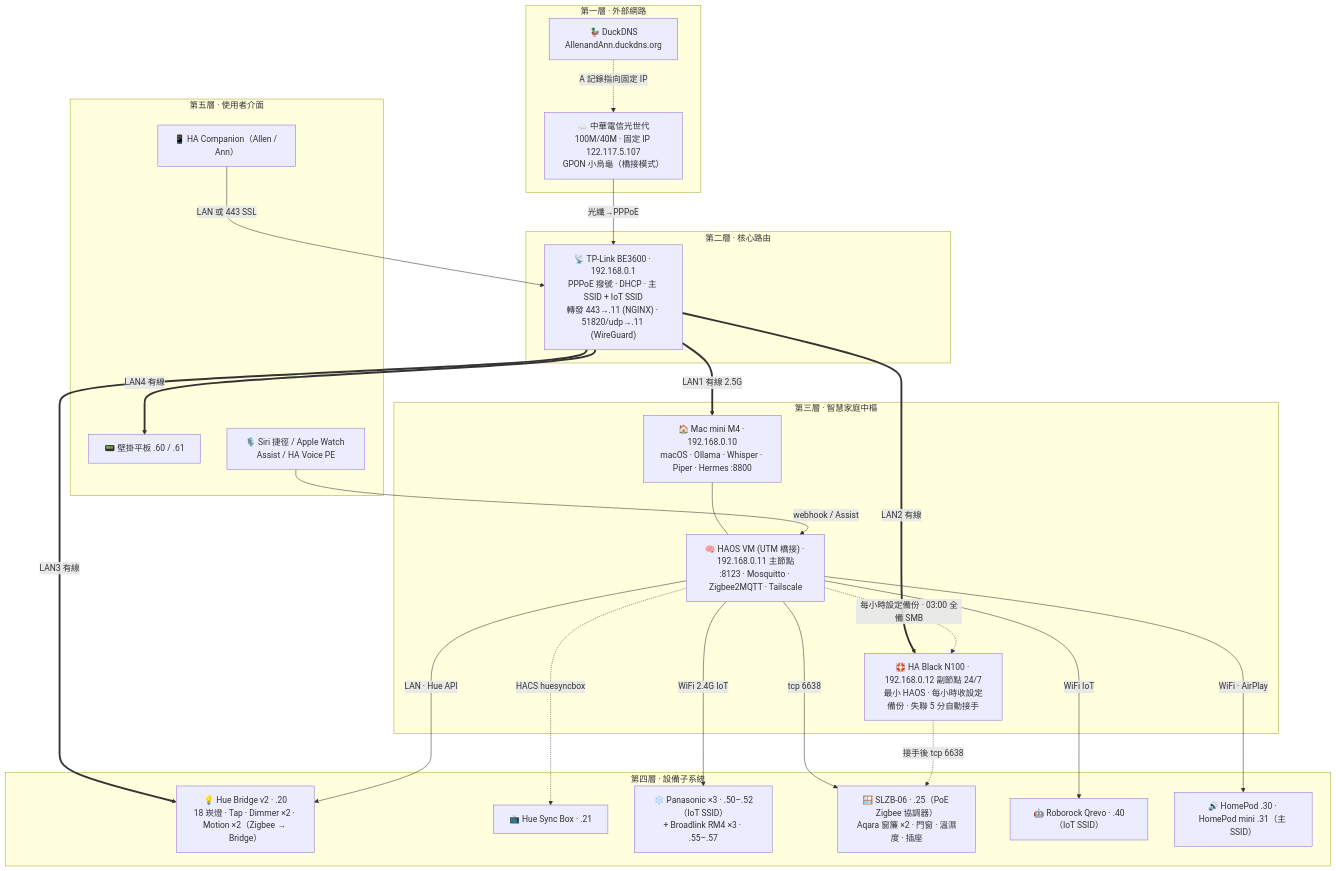
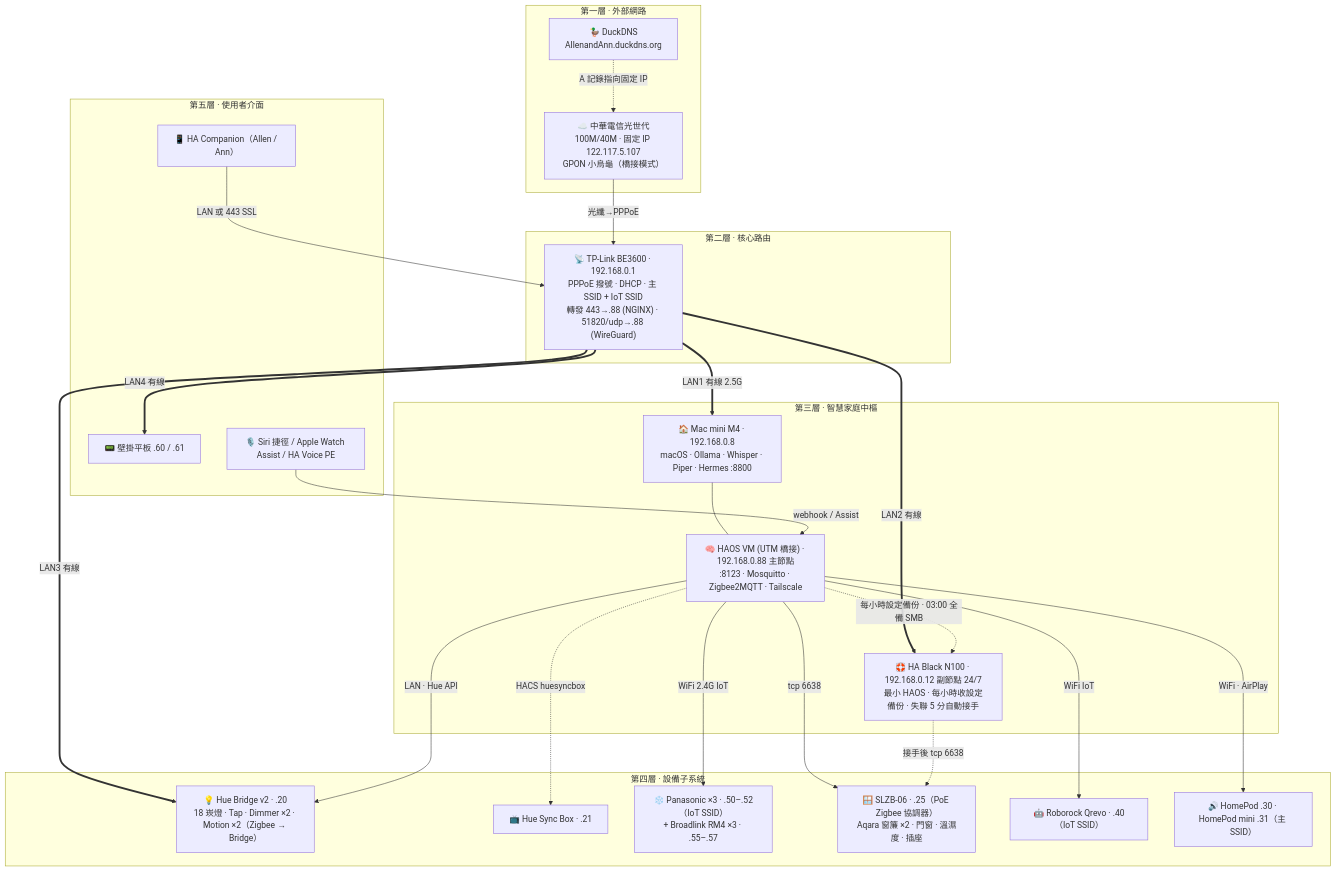
Before and after one commit to allenchen1113official/smarthome: the diagram in docs/SOP/01-網路拓樸實作.md, drawn with Mermaid. The commit also changed other lines of this file and 33 other files, not shown here.

First line of the commit message:
手冊 v1.6.1：依實機更新 IP — Mac mini allenchaldeMini 192.168.0.8、Home Assistant 192.168.0.88；全文/packages/Hermes/青鳥/LB/拓樸圖/試算表同步

````diff
--- a/docs/SOP/01-網路拓樸實作.md
+++ b/docs/SOP/01-網路拓樸實作.md
@@ -10,45 +10,45 @@
 ```mermaid
 flowchart TB
   subgraph L1["第一層 · 外部網路"]
     CHT["☁️ 中華電信光世代<br/>100M/40M · 固定 IP 122.117.5.107<br/>GPON 小烏龜（橋接模式）"]
     DDNS["🦆 DuckDNS<br/>AllenandAnn.duckdns.org"]
   end
   subgraph L2["第二層 · 核心路由"]
-    RT["📡 TP-Link BE3600 · 192.168.0.1<br/>PPPoE 撥號 · DHCP · 主 SSID + IoT SSID<br/>轉發 443→.11 (NGINX) · 51820/udp→.11 (WireGuard)"]
+    RT["📡 TP-Link BE3600 · 192.168.0.1<br/>PPPoE 撥號 · DHCP · 主 SSID + IoT SSID<br/>轉發 443→.88 (NGINX) · 51820/udp→.88 (WireGuard)"]
   end
   subgraph L3["第三層 · 智慧家庭中樞"]
-    MAC["🏠 Mac mini M4 · 192.168.0.10<br/>macOS · Ollama · Whisper · Piper · Hermes :8800"]
-    HAOS["🧠 HAOS VM (UTM 橋接) · 192.168.0.11 主節點<br/>:8123 · Mosquitto · Zigbee2MQTT · Tailscale"]
+    MAC["🏠 Mac mini M4 · 192.168.0.8<br/>macOS · Ollama · Whisper · Piper · Hermes :8800"]
+    HAOS["🧠 HAOS VM (UTM 橋接) · 192.168.0.88 主節點<br/>:8123 · Mosquitto · Zigbee2MQTT · Tailscale"]
     BK["🛟 HA Black N100 · 192.168.0.12 副節點 24/7<br/>最小 HAOS · 每小時收設定備份 · 失聯 5 分自動接手"]
     MAC --- HAOS
   end
   subgraph L4["第四層 · 設備子系統"]
     HUE["💡 Hue Bridge v2 · .20<br/>18 崁燈 · Tap · Dimmer ×2 · Motion ×2（Zigbee → Bridge）"]
     SYNC["📺 Hue Sync Box · .21"]
     AC["❄️ Panasonic ×3 · .50–.52（IoT SSID）<br/>+ Broadlink RM4 ×3 · .55–.57"]
     ZB["🪟 SLZB-06 · .25（PoE Zigbee 協調器）<br/>Aqara 窗簾 ×2 · 門窗 · 溫濕度 · 插座"]
     ROBO["🤖 Roborock Qrevo · .40（IoT SSID）"]
     HP["🔊 HomePod .30 · HomePod mini .31（主 SSID）"]
   end
   subgraph L5["第五層 · 使用者介面"]
     APP["📱 HA Companion（Allen / Ann）"]
     TAB["📟 壁掛平板 .60 / .61"]
     VOICE["🎙️ Siri 捷徑 / Apple Watch Assist / HA Voice PE"]
   end
   CHT -->|光纖→PPPoE| RT
   DDNS -.->|A 記錄指向固定 IP| CHT
   RT ==>|LAN1 有線 2.5G| MAC
   RT ==>|LAN2 有線| BK
   RT ==>|LAN3 有線| HUE
   RT ==>|LAN4 有線| TAB
   HAOS -->|WiFi 2.4G IoT| AC
   HAOS -->|tcp 6638| ZB
   BK -.->|接手後 tcp 6638| ZB
   HAOS -->|WiFi IoT| ROBO
   HAOS -->|LAN · Hue API| HUE
   HAOS -->|WiFi · AirPlay| HP
   HAOS -.->|HACS huesyncbox| SYNC
   HAOS -.->|每小時設定備份 · 03:00 全備 SMB| BK
   APP -->|LAN 或 443 SSL| RT
   VOICE -->|webhook / Assist| HAOS
 ```
````
